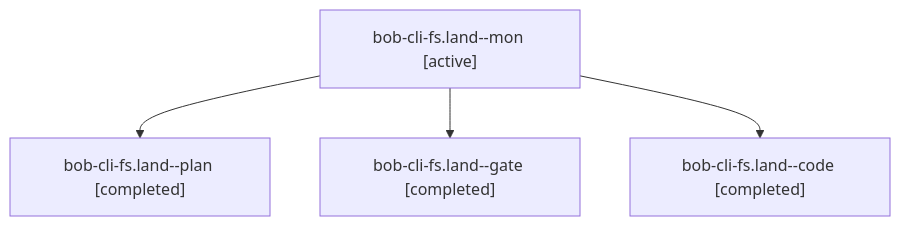
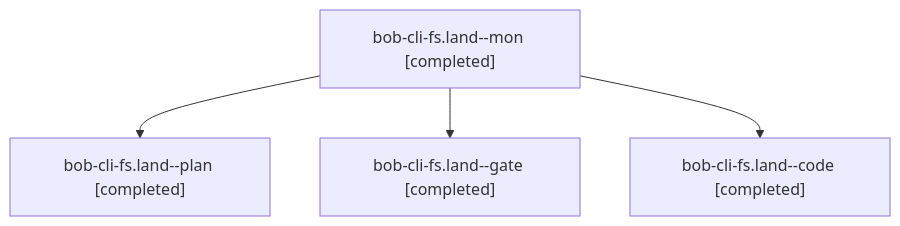
The diagram in sessions/bbugyi200.athena.bob-cli-fs.land.md (bobs-org/bob-cli--agents), drawn with Mermaid before and after one commit. The commit also changed other lines of this file and 112 other files, not shown here.

````diff
--- a/sessions/bbugyi200.athena.bob-cli-fs.land.md
+++ b/sessions/bbugyi200.athena.bob-cli-fs.land.md
@@ -9,10 +9,10 @@
 ```mermaid
 flowchart TD
-  n0["bob-cli-fs.land--mon [active]"]
+  n0["bob-cli-fs.land--mon [completed]"]
   n1["bob-cli-fs.land--plan [completed]"]
   n0 --> n1
   n2["bob-cli-fs.land--gate [completed]"]
   n0 --> n2
   n3["bob-cli-fs.land--code [completed]"]
   n0 --> n3
 ```
````
